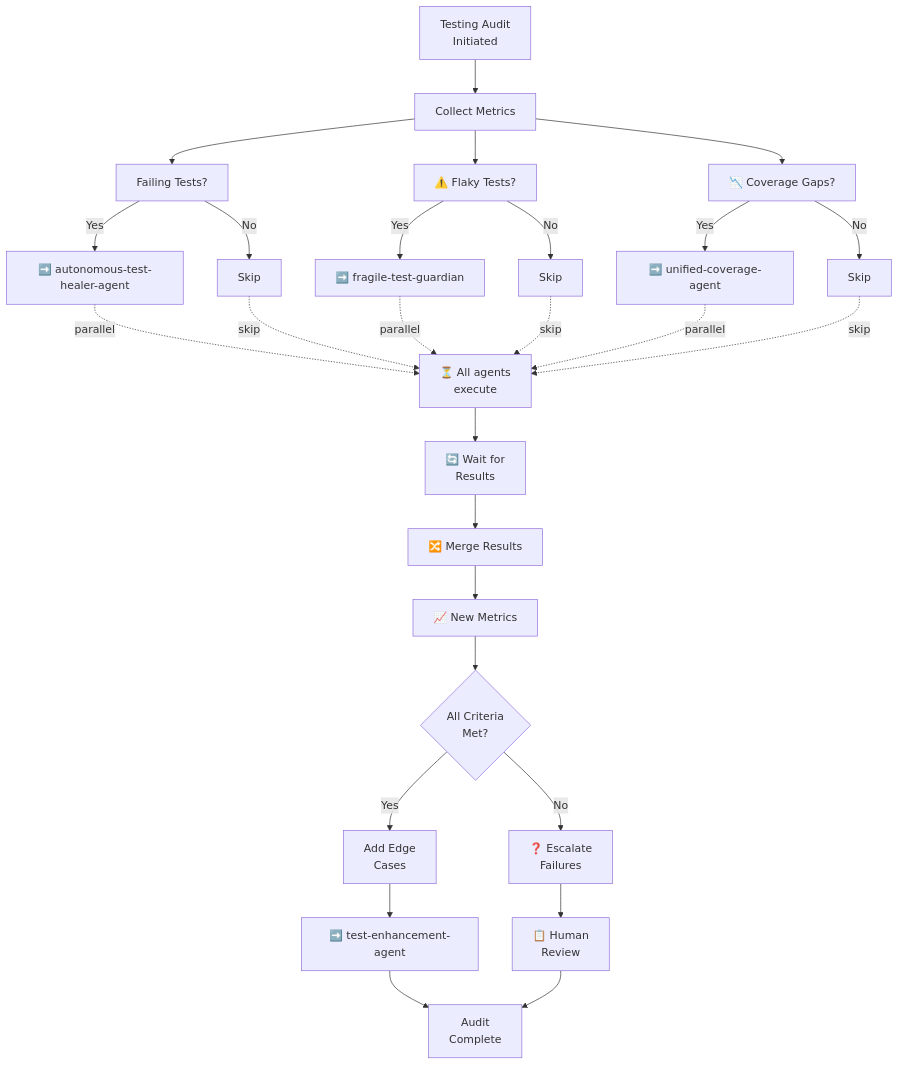
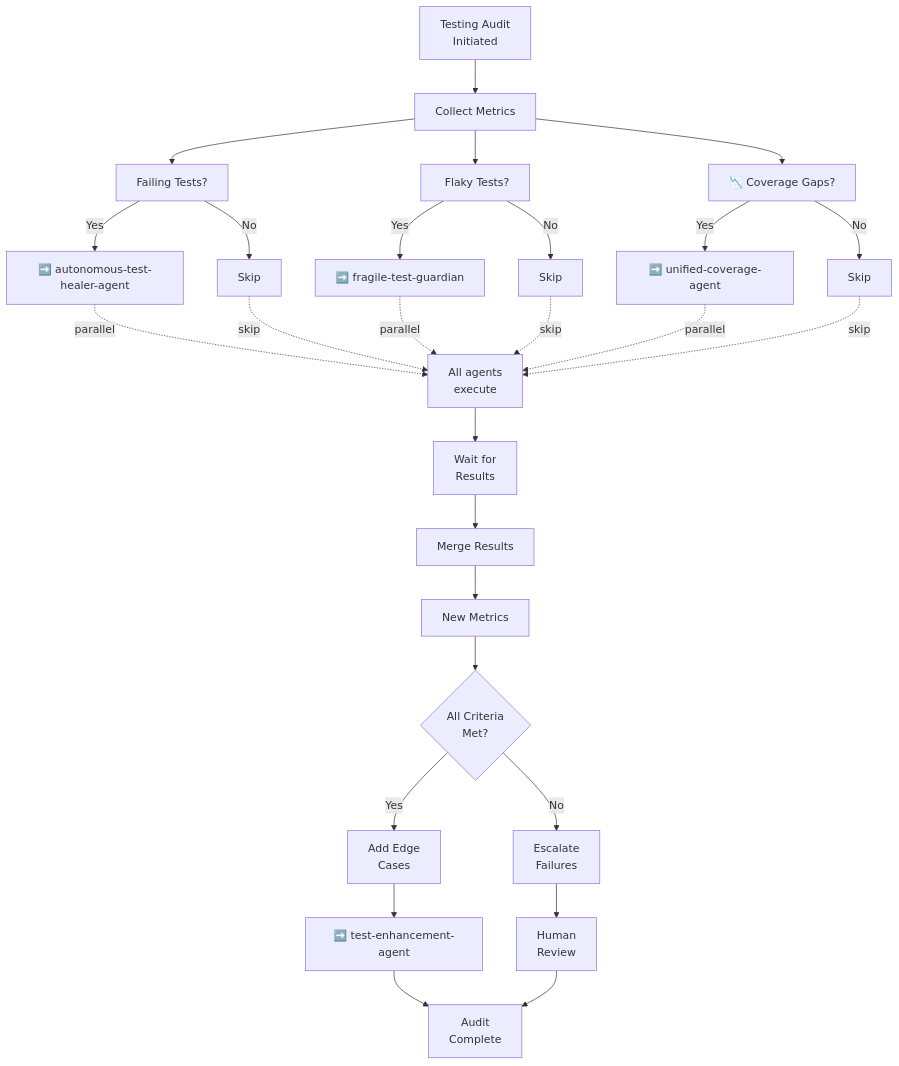
Before and after one commit to Aries-Serpent/_codex_: the fourth of 10 diagrams in docs/agent/CUSTOM_AGENT_COORDINATION_WORKFLOWS.md, drawn with Mermaid. The commit also changed other lines of this file and 1989 other files, not shown here.

````diff
--- a/docs/agent/CUSTOM_AGENT_COORDINATION_WORKFLOWS.md
+++ b/docs/agent/CUSTOM_AGENT_COORDINATION_WORKFLOWS.md
@@ -193,41 +193,41 @@
 ```mermaid
 graph TD
     A[" Testing Audit<br/>Initiated"] --> B[" Collect Metrics"]
 
     B --> C[" Failing Tests?"]
-    B --> D["⚠️ Flaky Tests?"]
+    B --> D["️ Flaky Tests?"]
     B --> E["📉 Coverage Gaps?"]
 
     C -->|Yes| C1["➡️ autonomous-test-healer-agent"]
     C -->|No| C2["Skip"]
 
     D -->|Yes| D1["➡️ fragile-test-guardian"]
     D -->|No| D2["Skip"]
 
     E -->|Yes| E1["➡️ unified-coverage-agent"]
     E -->|No| E2["Skip"]
 
-    C1 -.->|parallel| X["⏳ All agents<br/>execute"]
+    C1 -.->|parallel| X[" All agents<br/>execute"]
     D1 -.->|parallel| X
     E1 -.->|parallel| X
     C2 -.->|skip| X
     D2 -.->|skip| X
     E2 -.->|skip| X
 
-    X --> F["🔄 Wait for<br/>Results"]
+    X --> F[" Wait for<br/>Results"]
 
-    F --> G["🔀 Merge Results"]
+    F --> G[" Merge Results"]
 
-    G --> H["📈 New Metrics"]
+    G --> H[" New Metrics"]
 
     H --> I{All Criteria<br/>Met?}
 
     I -->|Yes| J[" Add Edge<br/>Cases"]
-    I -->|No| K["❓ Escalate<br/>Failures"]
+    I -->|No| K[" Escalate<br/>Failures"]
 
     J --> L["➡️ test-enhancement-agent"]
-    K --> M["📋 Human<br/>Review"]
+    K --> M[" Human<br/>Review"]
 
     L --> N[" Audit<br/>Complete"]
     M --> N
 ```
````
